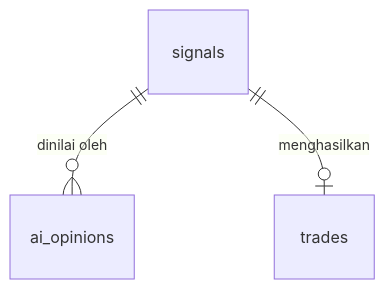
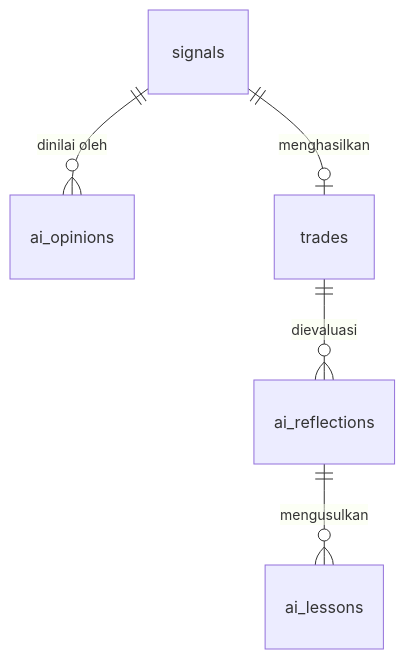
The diagram in docs/BSD.md (rifan6juli-svg/tradingbot), drawn with Mermaid before and after one commit. The commit also changed other lines of this file and 6 other files, not shown here.

````diff
--- a/docs/BSD.md
+++ b/docs/BSD.md
@@ -7,5 +7,7 @@
 ```mermaid
 erDiagram
   signals ||--o{ ai_opinions : "dinilai oleh"
   signals ||--o| trades : "menghasilkan"
+  trades ||--o{ ai_reflections : "dievaluasi"
+  ai_reflections ||--o{ ai_lessons : "mengusulkan"
 ```
````
